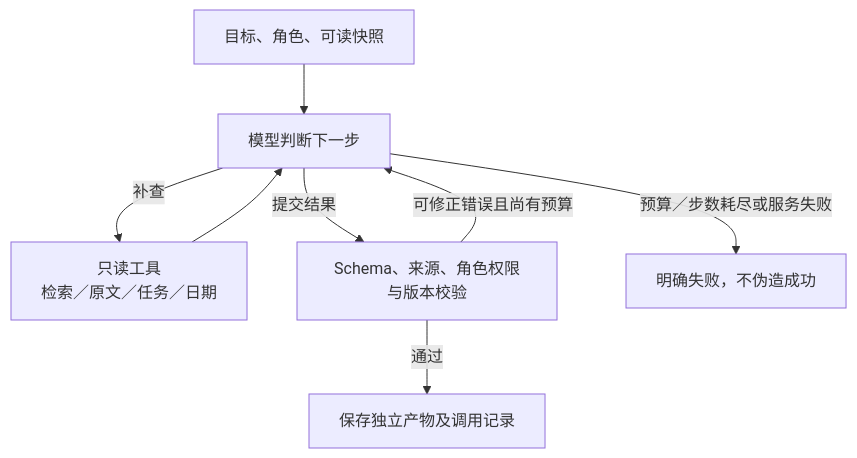
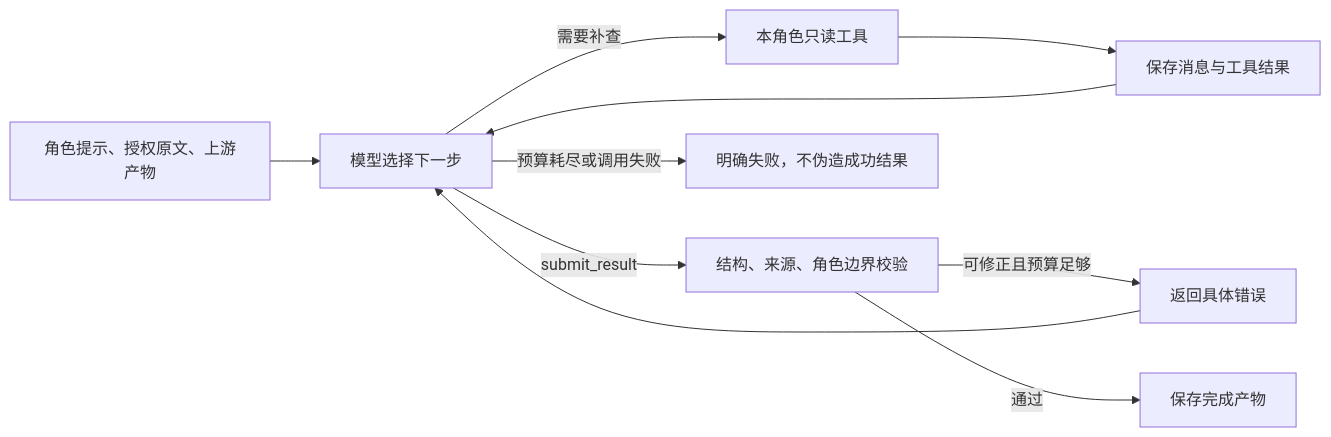
Before and after one commit to thehappysky/meetflow: the fourth of 7 diagrams in README.md, drawn with Mermaid. The commit also changed other lines of this file and 4 other files, not shown here.

Commit message:
docs: explain implemented sales meeting workflows with seven diagrams

````diff
--- a/README.md
+++ b/README.md
@@ -204,10 +139,12 @@
 ```mermaid
-flowchart TD
-    G[目标、角色、可读快照] --> L[模型判断下一步]
-    L -->|补查| T[只读工具<br/>检索／原文／任务／日期]
-    T --> L
-    L -->|提交结果| V[Schema、来源、角色权限与版本校验]
-    V -->|可修正错误且尚有预算| L
-    V -->|通过| A[保存独立产物及调用记录]
-    L -->|预算／步数耗尽或服务失败| E[明确失败，不伪造成功]
+flowchart LR
+    Input[角色提示、授权原文、上游产物] --> Model[模型选择下一步]
+    Model -->|需要补查| Tools[本角色只读工具]
+    Tools --> Persist[保存消息与工具结果]
+    Persist --> Model
+    Model -->|submit_result| Check[结构、来源、角色边界校验]
+    Check -->|可修正且预算足够| Feedback[返回具体错误]
+    Feedback --> Model
+    Check -->|通过| Artifact[保存完成产物]
+    Model -->|预算耗尽或调用失败| Failed[明确失败，不伪造成功结果]
 ```
````
